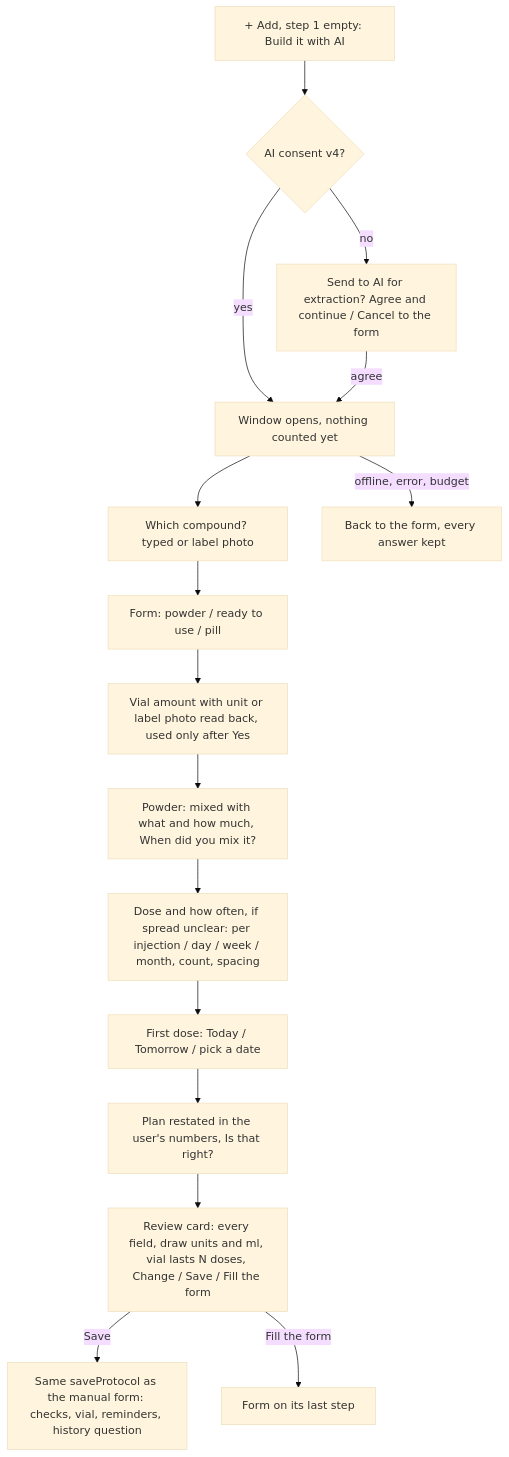
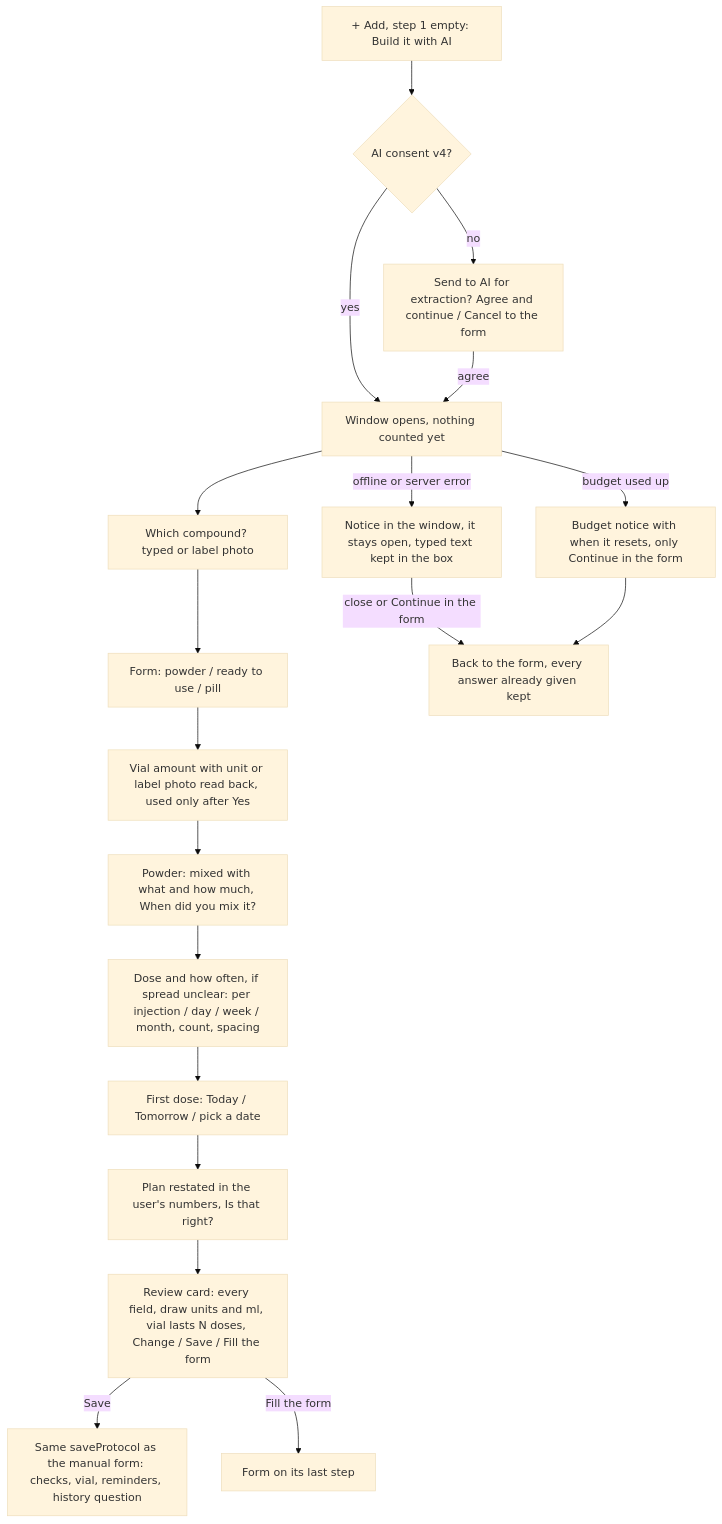
The second of 5 diagrams in docs/product/flows/02-protocol-create-edit.md (evandroviskis/dosetrace), drawn with Mermaid (base theme) before and after one commit. The commit also changed other lines of this file and 28 other files, not shown here.

Commit message:
docs/product: verification round 1 corrections applied to PRD, TRD, dossiers, flows, registers and the Portuguese questions (21 OPEN, 54 AD, 65 DL, 218 DV); all 105 diagrams parse

````diff
--- a/docs/product/flows/02-protocol-create-edit.md
+++ b/docs/product/flows/02-protocol-create-edit.md
@@ -71,18 +72,21 @@
 ```mermaid
 flowchart TD
   A["+ Add, step 1 empty: Build it with AI"] --> B{"AI consent v4?"}
   B -->|no| C["Send to AI for extraction? Agree and continue / Cancel to the form"]
   B -->|yes| D["Window opens, nothing counted yet"]
   C -->|agree| D
   D --> E["Which compound? typed or label photo"]
   E --> F["Form: powder / ready to use / pill"]
   F --> G["Vial amount with unit or label photo read back, used only after Yes"]
   G --> H["Powder: mixed with what and how much, When did you mix it?"]
   H --> I["Dose and how often, if spread unclear: per injection / day / week / month, count, spacing"]
   I --> J["First dose: Today / Tomorrow / pick a date"]
   J --> K["Plan restated in the user's numbers, Is that right?"]
   K --> L["Review card: every field, draw units and ml, vial lasts N doses, Change / Save / Fill the form"]
   L -->|Save| M["Same saveProtocol as the manual form: checks, vial, reminders, history question"]
   L -->|Fill the form| N["Form on its last step"]
-  D -->|offline, error, budget| O["Back to the form, every answer kept"]
+  D -->|offline or server error| O["Notice in the window, it stays open, typed text kept in the box"]
+  O -->|close or Continue in the form| Q["Back to the form, every answer already given kept"]
+  D -->|budget used up| P["Budget notice with when it resets, only Continue in the form"]
+  P --> Q
 ```
````
